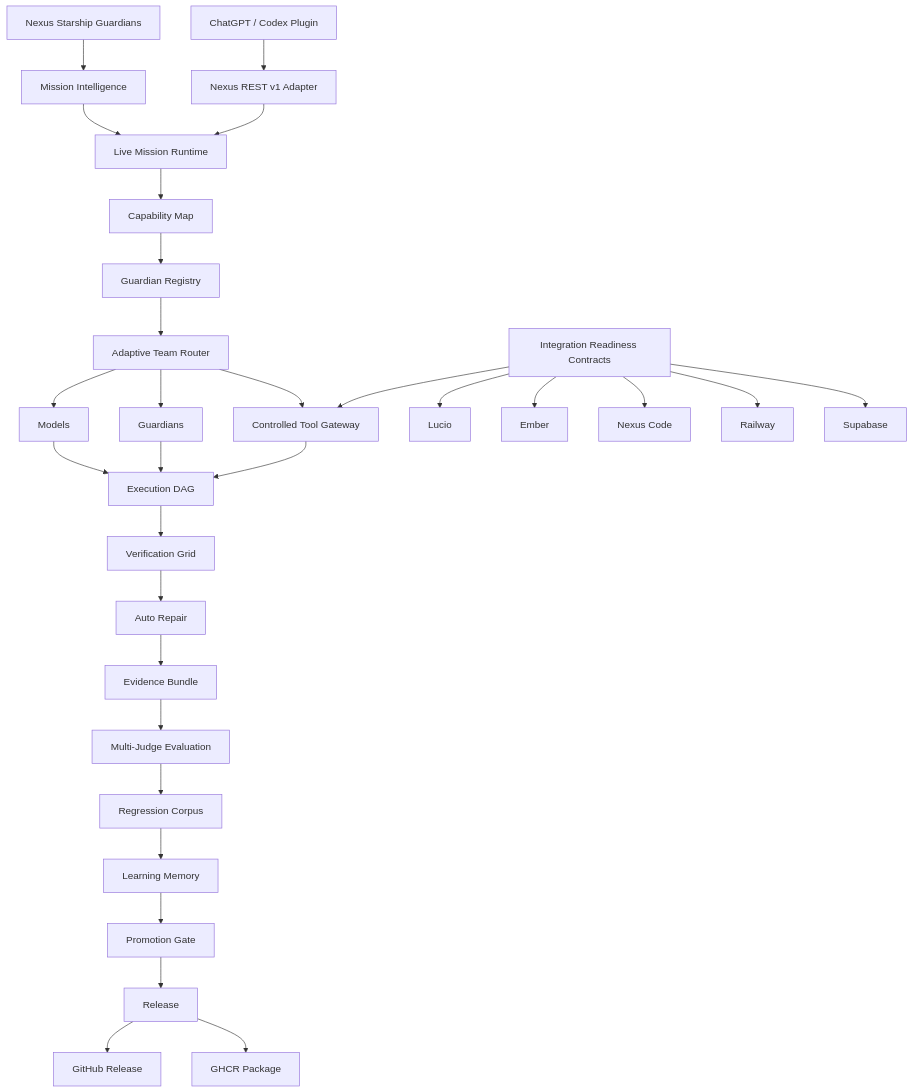
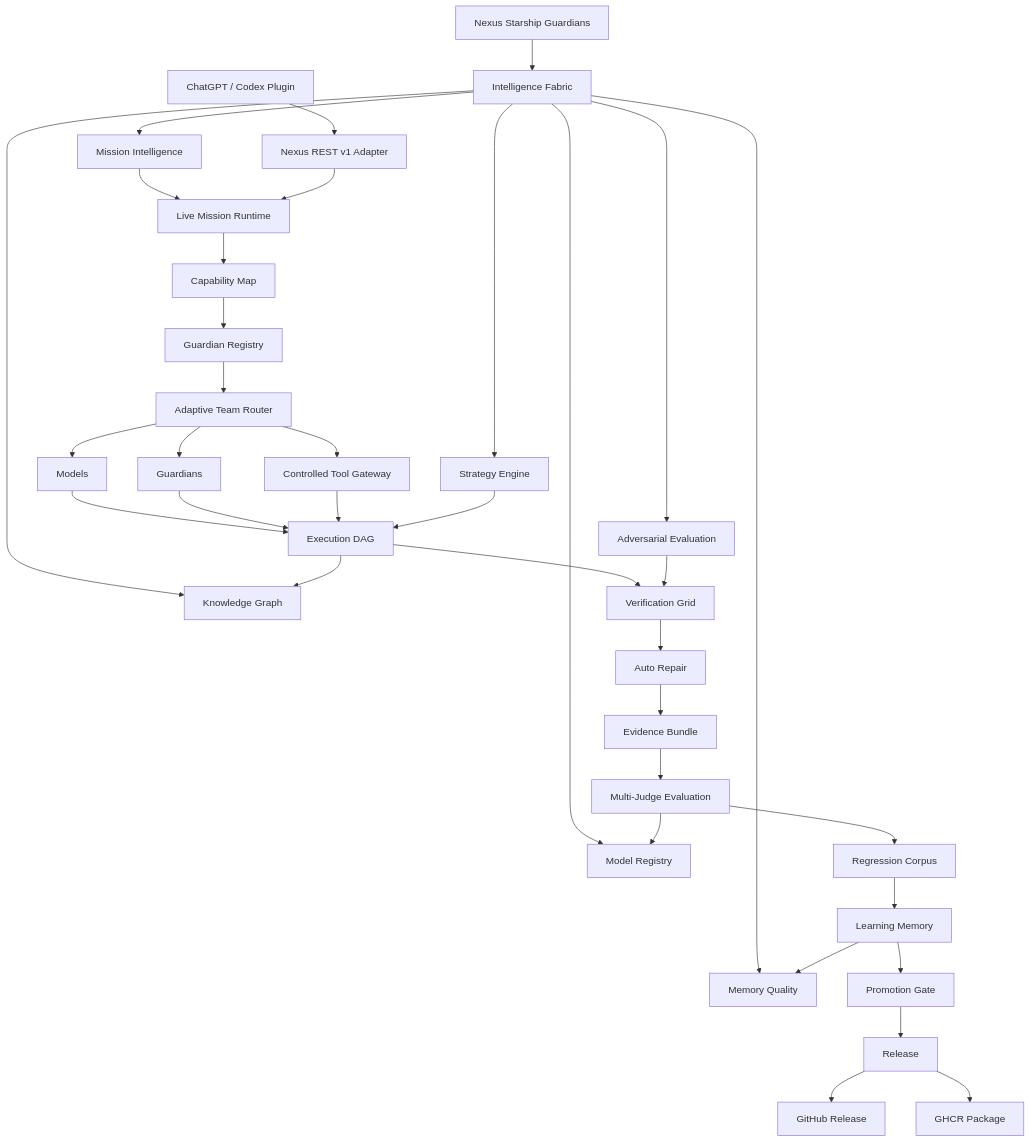
The diagram in README.md (lois4801/NEXUS-Starship-Guardians), drawn with Mermaid before and after one commit. The commit also changed other lines of this file, not shown here.

Commit message:
docs: update README for v0.5 Intelligence Fabric

````diff
--- a/README.md
+++ b/README.md
@@ -55,35 +61,38 @@
 ```mermaid
 flowchart TD
-    A[Nexus Starship Guardians] --> B[Mission Intelligence]
-    B --> C[Live Mission Runtime]
-    C --> D[Capability Map]
-    D --> E[Guardian Registry]
-    E --> F[Adaptive Team Router]
-    F --> G[Models]
-    F --> H[Guardians]
-    F --> I[Controlled Tool Gateway]
+    A[Nexus Starship Guardians] --> B[Intelligence Fabric]
+    B --> B1[Knowledge Graph]
+    B --> B2[Strategy Engine]
+    B --> B3[Memory Quality]
+    B --> B4[Model Registry]
+    B --> B5[Adversarial Evaluation]
+    B --> C[Mission Intelligence]
+    C --> D[Live Mission Runtime]
+    D --> E[Capability Map]
+    E --> F[Guardian Registry]
+    F --> G[Adaptive Team Router]
+    G --> H[Models]
+    G --> I[Guardians]
+    G --> J[Controlled Tool Gateway]
+    H --> K[Execution DAG]
+    I --> K
+    J --> K
+    B2 --> K
+    K --> L[Verification Grid]
+    B5 --> L
+    L --> M[Auto Repair]
+    M --> N[Evidence Bundle]
+    N --> O[Multi-Judge Evaluation]
+    O --> P[Regression Corpus]
+    P --> Q[Learning Memory]
+    Q --> B3
+    O --> B4
+    K --> B1
+    Q --> R[Promotion Gate]
+    R --> S[Release]
 
-    X[Integration Readiness Contracts] --> I
-    X --> X1[Lucio]
-    X --> X2[Ember]
-    X --> X3[Nexus Code]
-    X --> X4[Railway]
-    X --> X5[Supabase]
-
-    G --> J[Execution DAG]
-    H --> J
-    I --> J
-    J --> K[Verification Grid]
-    K --> L[Auto Repair]
-    L --> M[Evidence Bundle]
-    M --> N[Multi-Judge Evaluation]
-    N --> O[Regression Corpus]
-    O --> P[Learning Memory]
-    P --> Q[Promotion Gate]
-    Q --> R[Release]
-
-    S[ChatGPT / Codex Plugin] --> T[Nexus REST v1 Adapter]
-    T --> C
-    R --> U[GitHub Release]
-    R --> V[GHCR Package]
+    T[ChatGPT / Codex Plugin] --> U[Nexus REST v1 Adapter]
+    U --> D
+    S --> V[GitHub Release]
+    S --> W[GHCR Package]
 ```
````
